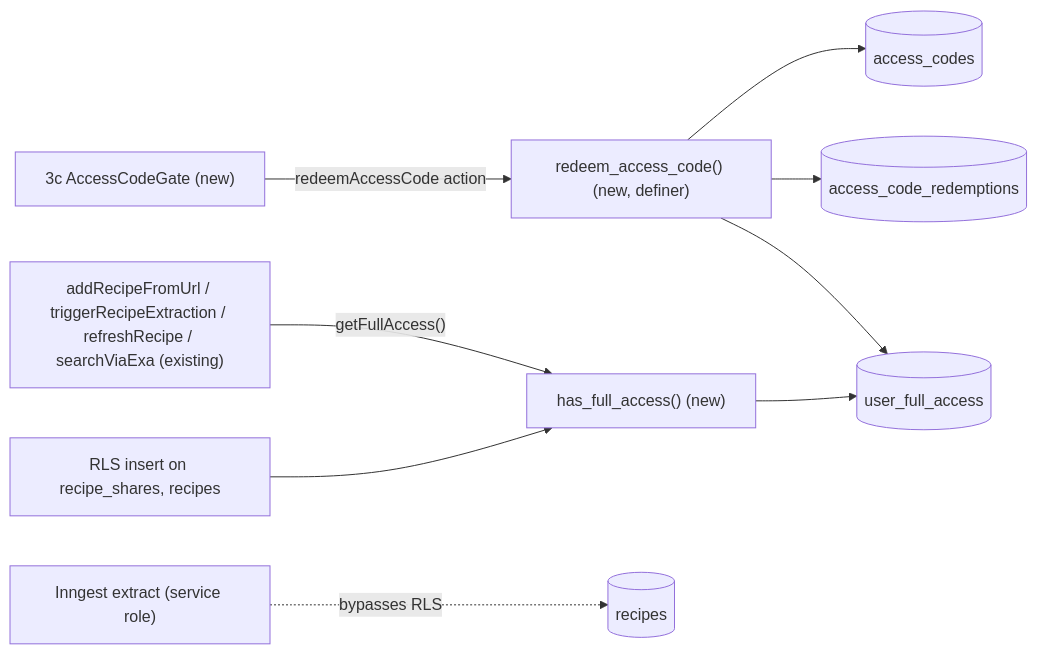
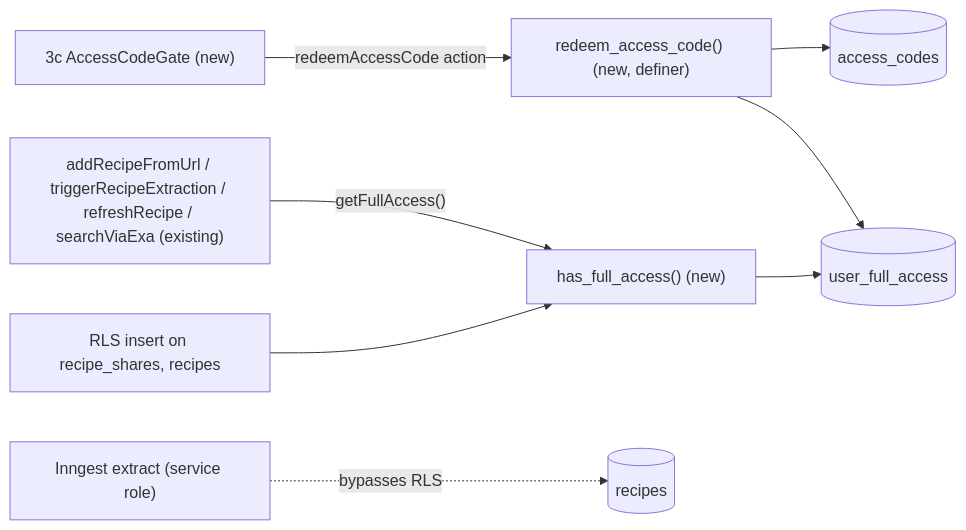
One commit to spokospace/zapiszprzepis changed the diagram in .ai/specs/2026-10-17-access-code-add-gate.md. Above: the diagram before and after it, drawn with Mermaid. The commit also changed other lines of this file, not shown here.

Commit message:
docs(specs): address spec review on access-code-add-gate (grandfathering, per-user lock, dedup order)

````diff
--- a/.ai/specs/2026-10-17-access-code-add-gate.md
+++ b/.ai/specs/2026-10-17-access-code-add-gate.md
@@ -35,9 +35,9 @@
 ```mermaid
 flowchart LR
   UI["3c AccessCodeGate (new)"] -- redeemAccessCode action --> RPC["redeem_access_code() (new, definer)"]
-  RPC --> AC[(access_codes)] & RD[(access_code_redemptions)] & FA[(user_full_access)]
+  RPC --> AC[(access_codes)] & FA[(user_full_access)]
   ADD["addRecipeFromUrl / triggerRecipeExtraction / refreshRecipe / searchViaExa (existing)"] -- getFullAccess() --> HFA["has_full_access() (new)"]
   HFA --> FA
   RLS["RLS insert on recipe_shares, recipes"] --> HFA
   ING["Inngest extract (service role)"] -. bypasses RLS .-> RCP[(recipes)]
 ```
````
